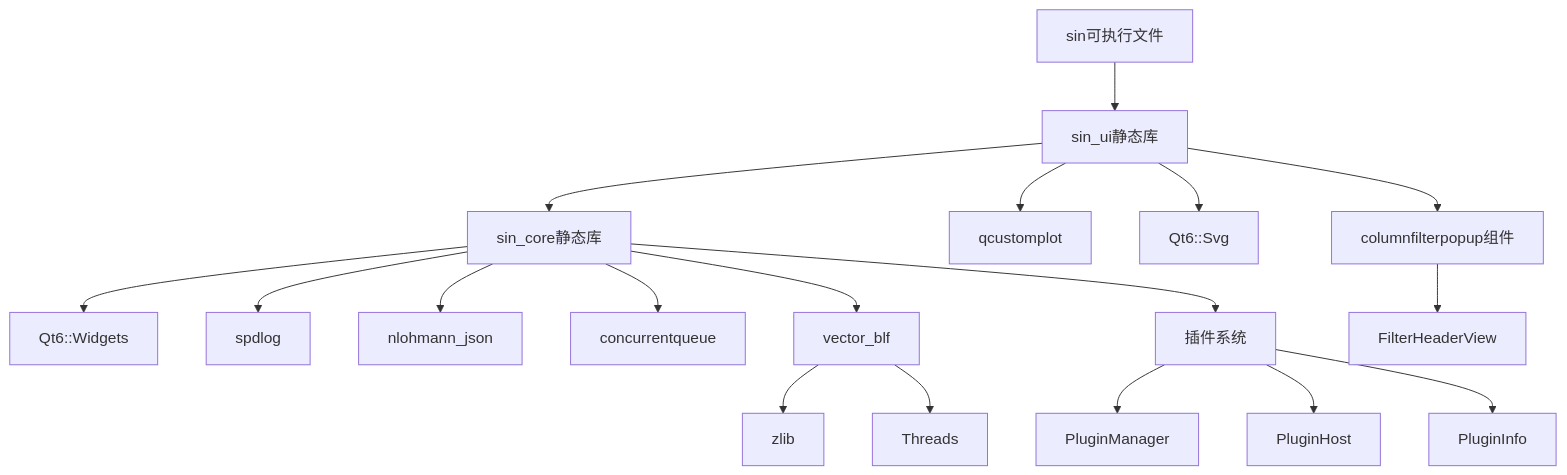
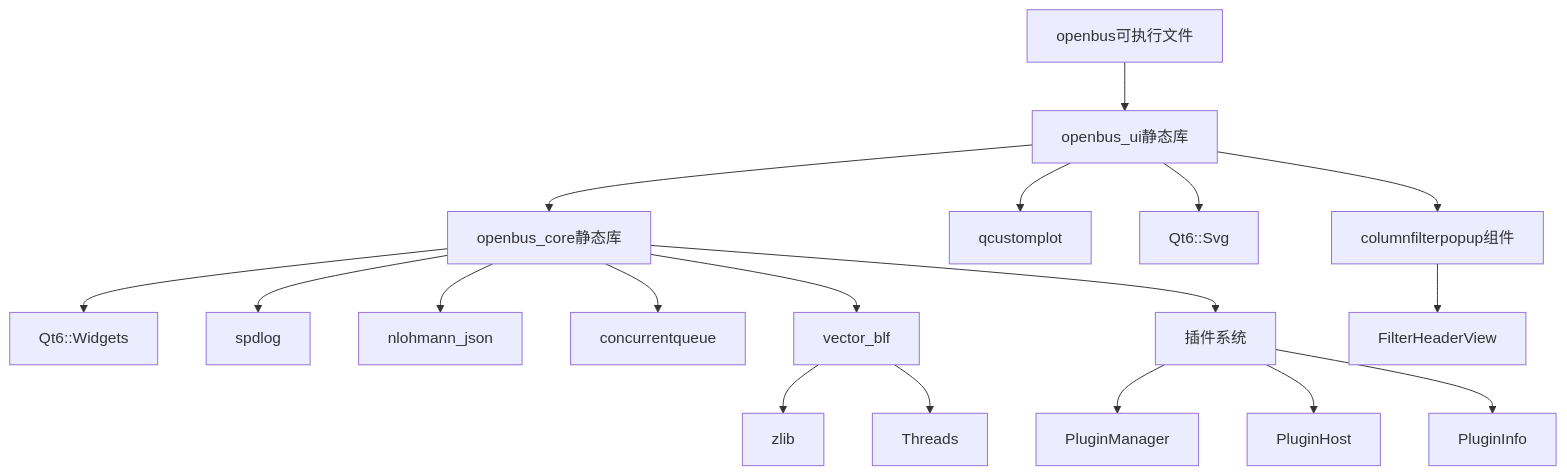
One commit to jakecai1225-design/OpenBus changed the fourth of 4 diagrams in .qoder/repowiki/zh/content/构建和部署/CMake构建配置.md. Above: the diagram before and after it, drawn with Mermaid. The commit also changed other lines of this file and 22 other files, not shown here.

Commit message:
trace graphic

````diff
--- a/.qoder/repowiki/zh/content/构建和部署/CMake构建配置.md
+++ b/.qoder/repowiki/zh/content/构建和部署/CMake构建配置.md
@@ -798,20 +821,20 @@
 ```mermaid
 graph TD
-A[sin可执行文件] --> B[sin_ui静态库]
-B --> C[sin_core静态库]
+A[openbus可执行文件] --> B[openbus_ui静态库]
+B --> C[openbus_core静态库]
 C --> D[Qt6::Widgets]
 C --> E[spdlog]
 C --> F[nlohmann_json]
 C --> G[concurrentqueue]
 C --> H[vector_blf]
 H --> I[zlib]
 H --> J[Threads]
 B --> K[qcustomplot]
 B --> L[Qt6::Svg]
 B --> M[columnfilterpopup组件]
 M --> N[FilterHeaderView]
 C --> O[插件系统]
 O --> P[PluginManager]
 O --> Q[PluginHost]
 O --> R[PluginInfo]
 ```
````
